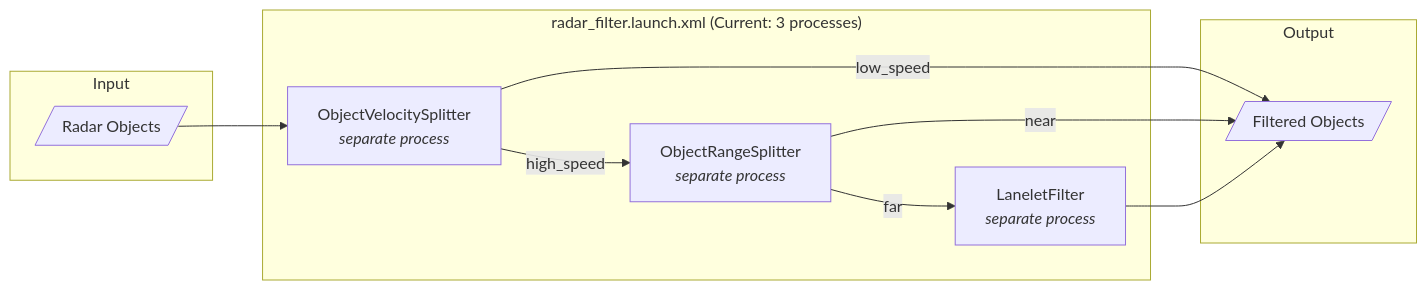
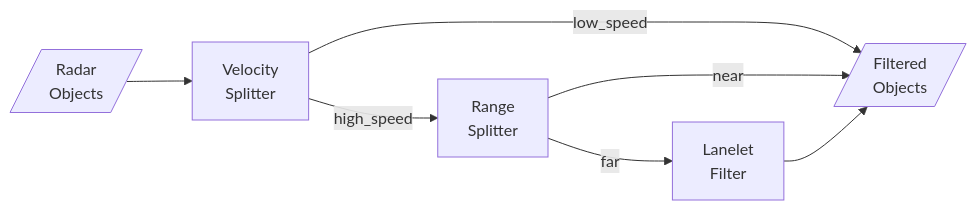
Before and after one commit to youtalk/autoware_universe: diagram 17 of 20 in docs/launch-architecture.md, drawn with Mermaid. The commit also changed other lines of this file, not shown here.

````diff
--- a/docs/launch-architecture.md
+++ b/docs/launch-architecture.md
@@ -390,23 +395,17 @@
 ```mermaid
-flowchart LR
-    subgraph Input
-        RADAR[/Radar Objects/]
-    end
+graph LR
+    RADAR[/Radar<br/>Objects/]
 
-    subgraph radar_filter["radar_filter.launch.xml (Current: 3 processes)"]
-        VEL_SPLIT[ObjectVelocitySplitter<br/><i>separate process</i>]
-        RANGE_SPLIT[ObjectRangeSplitter<br/><i>separate process</i>]
-        LANELET[LaneletFilter<br/><i>separate process</i>]
-    end
+    VEL[Velocity<br/>Splitter]
+    RANGE[Range<br/>Splitter]
+    LANE[Lanelet<br/>Filter]
 
-    subgraph Output
-        OUT[/Filtered Objects/]
-    end
+    OUT[/Filtered<br/>Objects/]
 
-    RADAR --> VEL_SPLIT
-    VEL_SPLIT -->|high_speed| RANGE_SPLIT
-    VEL_SPLIT -->|low_speed| OUT
-    RANGE_SPLIT -->|far| LANELET
-    RANGE_SPLIT -->|near| OUT
-    LANELET --> OUT
+    RADAR --> VEL
+    VEL -->|high_speed| RANGE
+    VEL -->|low_speed| OUT
+    RANGE -->|far| LANE
+    RANGE -->|near| OUT
+    LANE --> OUT
 ```
````
